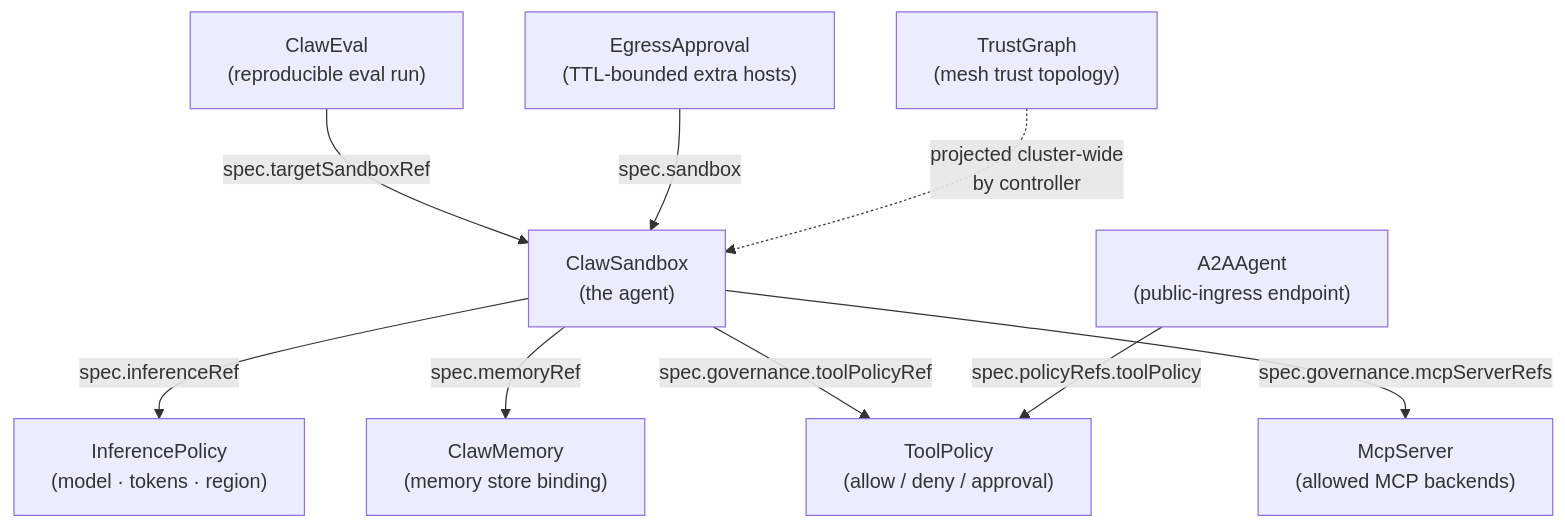
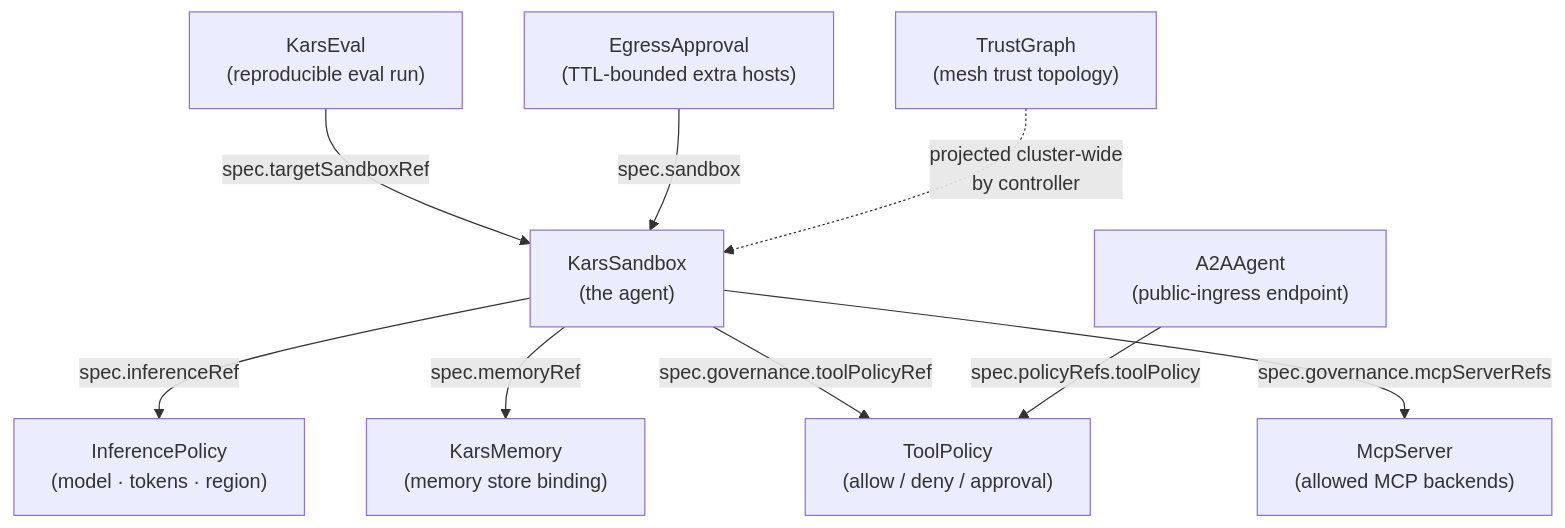
Before and after one commit to lachie83/kars: the seventh of 9 diagrams in docs/architecture-diagrams.md, drawn with Mermaid. The commit also changed other lines of this file and 694 other files, not shown here.

First line of the commit message:
chore(rebrand): rename project to Kars — Agent Reference Stack for Kubernetes (#355)

````diff
--- a/docs/architecture-diagrams.md
+++ b/docs/architecture-diagrams.md
@@ -229,21 +229,21 @@
 ```mermaid
 flowchart TB
-  CS["ClawSandbox<br/>(the agent)"]
+  CS["KarsSandbox<br/>(the agent)"]
   TP["ToolPolicy<br/>(allow / deny / approval)"]
   IP["InferencePolicy<br/>(model · tokens · region)"]
-  CM["ClawMemory<br/>(memory store binding)"]
+  CM["KarsMemory<br/>(memory store binding)"]
   Mcp["McpServer<br/>(allowed MCP backends)"]
   A2A["A2AAgent<br/>(public-ingress endpoint)"]
   TG["TrustGraph<br/>(mesh trust topology)"]
-  CE["ClawEval<br/>(reproducible eval run)"]
+  CE["KarsEval<br/>(reproducible eval run)"]
   EA["EgressApproval<br/>(TTL-bounded extra hosts)"]
 
   CS -->|spec.inferenceRef| IP
   CS -->|spec.memoryRef| CM
   CS -->|spec.governance.toolPolicyRef| TP
   CS -->|spec.governance.mcpServerRefs| Mcp
   A2A -->|spec.policyRefs.toolPolicy| TP
   CE -->|spec.targetSandboxRef| CS
   EA -->|spec.sandbox| CS
   TG -.->|projected cluster-wide<br/>by controller| CS
 ```
````
